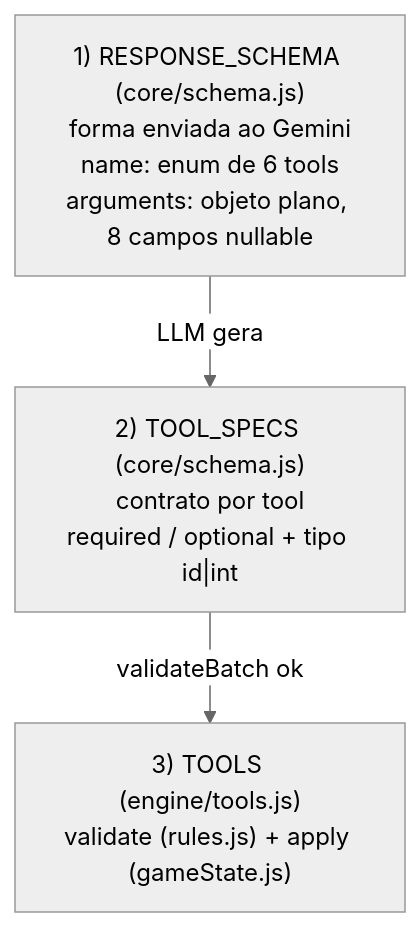
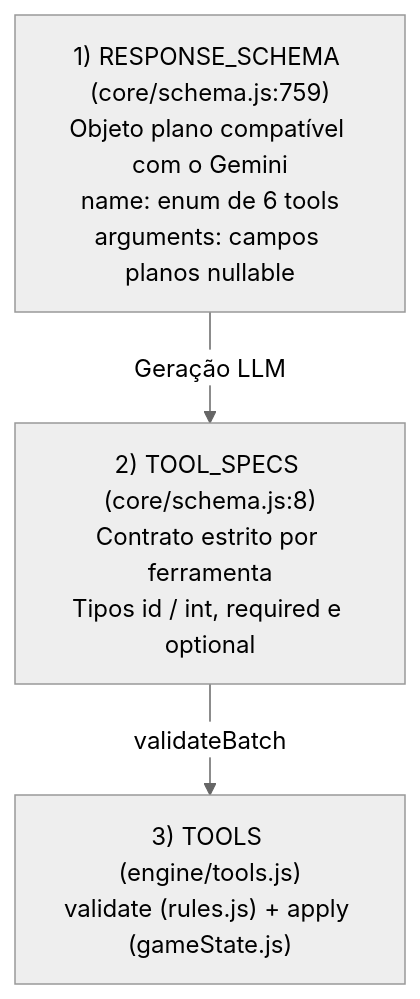
The third of 3 diagrams in llm_workflow_tecnico.md (ByakuRafa/RPG_LLM), drawn with Mermaid (neutral theme) before and after one commit. The commit also changed other lines of this file, not shown here.

````diff
--- a/llm_workflow_tecnico.md
+++ b/llm_workflow_tecnico.md
@@ -254,7 +295,7 @@
 ```mermaid
 flowchart TB
-  A["1) RESPONSE_SCHEMA (core/schema.js)<br/>forma enviada ao Gemini<br/>name: enum de 6 tools<br/>arguments: objeto plano, 8 campos nullable"]
-  B["2) TOOL_SPECS (core/schema.js)<br/>contrato por tool<br/>required / optional + tipo id|int"]
+  A["1) RESPONSE_SCHEMA (core/schema.js:759)<br/>Objeto plano compatível com o Gemini<br/>name: enum de 6 tools<br/>arguments: campos planos nullable"]
+  B["2) TOOL_SPECS (core/schema.js:8)<br/>Contrato estrito por ferramenta<br/>Tipos id / int, required e optional"]
   C["3) TOOLS (engine/tools.js)<br/>validate (rules.js) + apply (gameState.js)"]
-  A -->|"LLM gera"| B -->|"validateBatch ok"| C
+  A -->|"Geração LLM"| B -->|"validateBatch"| C
 ```
````
